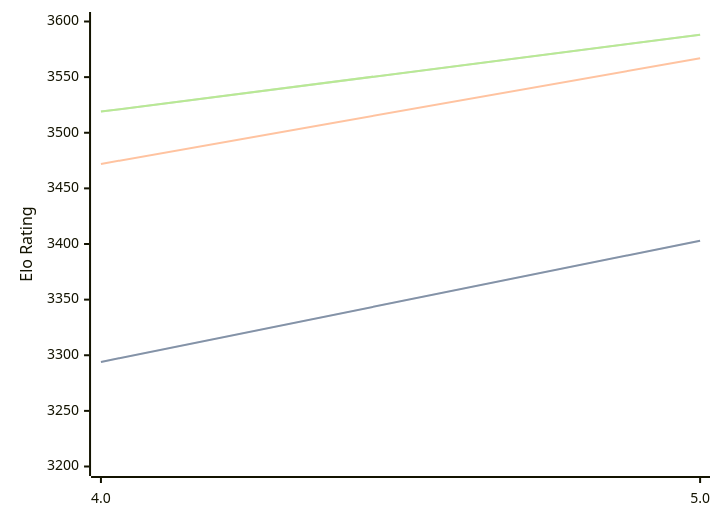
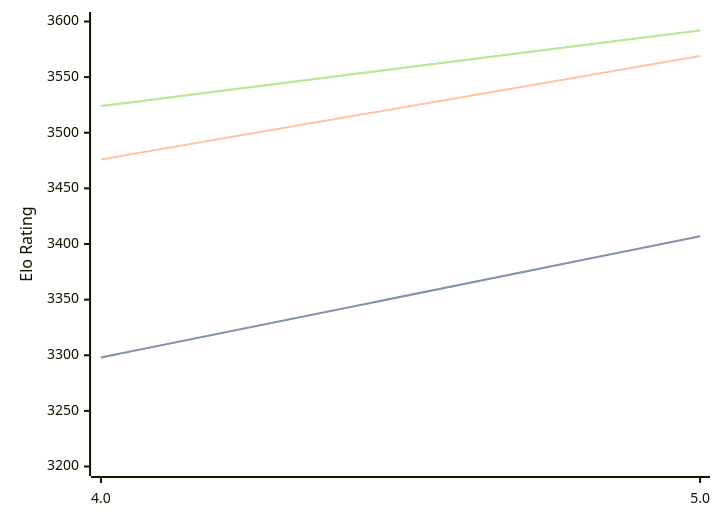
Before and after one commit to computer-chess-index/cci: the diagram in engines/Tarnished.md, drawn with Mermaid. The commit also changed other lines of this file, not shown here.

Commit message:
Update CCI Ratings (ELO VLTC) - 2026-05-02

````diff
--- a/engines/Tarnished.md
+++ b/engines/Tarnished.md
@@ -36,11 +36,11 @@
 ```mermaid
 %%{init: {"theme":"base","themeVariables":{"seriesColors:['#a3a3a3','#222221','#faa371']}}}%%
 xychart-beta
   x-axis ["4.0", "5.0"]
   y-axis "Elo Rating" 3200 --> 3600
-  line "STC (8.0+0.08s)" [3294, 3403]
-  line "STC (8.0+0.08s)" [3294, 3403]
-  line "LTC (60.0+0.60s)" [3472, 3567]
-  line "VLTC (2m24s+1.12s)" [3519, 3588]
-  line "VLTC (2m24s+1.12s)" [3519, 3588]
+  line "STC (8.0+0.08s)" [3298, 3407]
+  line "STC (8.0+0.08s)" [3298, 3407]
+  line "LTC (60.0+0.60s)" [3476, 3569]
+  line "VLTC (2m24s+1.12s)" [3524, 3592]
+  line "VLTC (2m24s+1.12s)" [3524, 3592]
 ```
````
